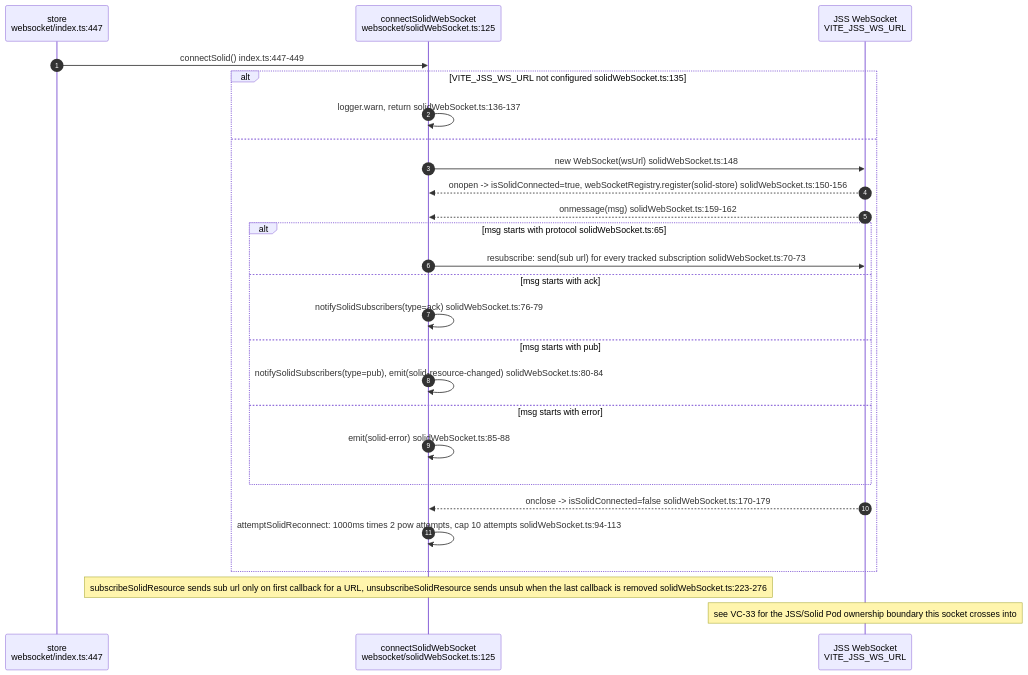
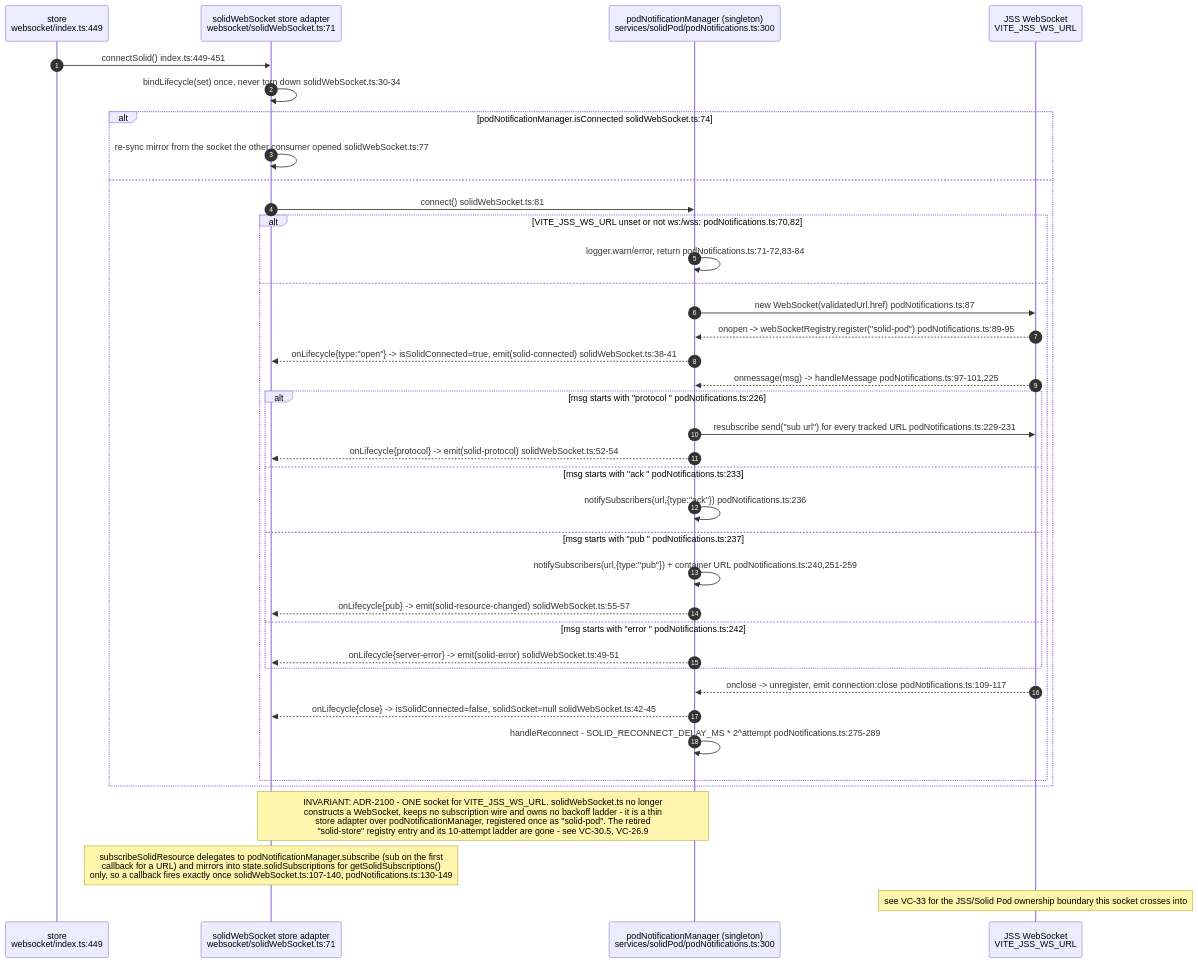
Before and after one commit to DreamLab-AI/AR-AI-Knowledge-Graph: diagram 16 of 16 in docs/diagrams/visionclaw/32-client-websocket-and-binary.md, drawn with Mermaid. The commit also changed other lines of this file and 73 other files, not shown here.

First line of the commit message:
docs(diagrams): re-verify all 71 topic files against HEAD; add --cite-check

````diff
--- a/docs/diagrams/visionclaw/32-client-websocket-and-binary.md
+++ b/docs/diagrams/visionclaw/32-client-websocket-and-binary.md
@@ -511,29 +512,41 @@
 ```mermaid
 sequenceDiagram
     autonumber
-    participant C as store<br/>websocket/index.ts:447
-    participant SW as connectSolidWebSocket<br/>websocket/solidWebSocket.ts:125
+    participant C as store<br/>websocket/index.ts:449
+    participant SW as solidWebSocket store adapter<br/>websocket/solidWebSocket.ts:71
+    participant PN as podNotificationManager (singleton)<br/>services/solidPod/podNotifications.ts:300
     participant JSS as JSS WebSocket<br/>VITE_JSS_WS_URL
 
-    C->>SW: connectSolid() index.ts:447-449
-    alt VITE_JSS_WS_URL not configured solidWebSocket.ts:135
-        SW->>SW: logger.warn, return solidWebSocket.ts:136-137
+    C->>SW: connectSolid() index.ts:449-451
+    SW->>SW: bindLifecycle(set) once, never torn down solidWebSocket.ts:30-34
+    alt podNotificationManager.isConnected solidWebSocket.ts:74
+        SW->>SW: re-sync mirror from the socket the other consumer opened solidWebSocket.ts:77
     else
-        SW->>JSS: new WebSocket(wsUrl) solidWebSocket.ts:148
-        JSS-->>SW: onopen -> isSolidConnected=true, webSocketRegistry.register(solid-store) solidWebSocket.ts:150-156
-        JSS-->>SW: onmessage(msg) solidWebSocket.ts:159-162
-        alt msg starts with protocol solidWebSocket.ts:65
-            SW->>JSS: resubscribe: send(sub url) for every tracked subscription solidWebSocket.ts:70-73
-        else msg starts with ack
-            SW->>SW: notifySolidSubscribers(type=ack) solidWebSocket.ts:76-79
-        else msg starts with pub
-            SW->>SW: notifySolidSubscribers(type=pub), emit(solid-resource-changed) solidWebSocket.ts:80-84
-        else msg starts with error
-            SW->>SW: emit(solid-error) solidWebSocket.ts:85-88
+        SW->>PN: connect() solidWebSocket.ts:81
+        alt VITE_JSS_WS_URL unset or not ws:/wss: podNotifications.ts:70,82
+            PN->>PN: logger.warn/error, return podNotifications.ts:71-72,83-84
+        else
+            PN->>JSS: new WebSocket(validatedUrl.href) podNotifications.ts:87
+            JSS-->>PN: onopen -> webSocketRegistry.register("solid-pod") podNotifications.ts:89-95
+            PN-->>SW: onLifecycle{type:"open"} -> isSolidConnected=true, emit(solid-connected) solidWebSocket.ts:38-41
+            JSS-->>PN: onmessage(msg) -> handleMessage podNotifications.ts:97-101,225
+            alt msg starts with "protocol " podNotifications.ts:226
+                PN->>JSS: resubscribe send("sub url") for every tracked URL podNotifications.ts:229-231
+                PN-->>SW: onLifecycle{protocol} -> emit(solid-protocol) solidWebSocket.ts:52-54
+            else msg starts with "ack " podNotifications.ts:233
+                PN->>PN: notifySubscribers(url,{type:"ack"}) podNotifications.ts:236
+            else msg starts with "pub " podNotifications.ts:237
+                PN->>PN: notifySubscribers(url,{type:"pub"}) + container URL podNotifications.ts:240,251-259
+                PN-->>SW: onLifecycle{pub} -> emit(solid-resource-changed) solidWebSocket.ts:55-57
+            else msg starts with "error " podNotifications.ts:242
+                PN-->>SW: onLifecycle{server-error} -> emit(solid-error) solidWebSocket.ts:49-51
+            end
+            JSS-->>PN: onclose -> unregister, emit connection:close podNotifications.ts:109-117
+            PN-->>SW: onLifecycle{close} -> isSolidConnected=false, solidSocket=null solidWebSocket.ts:42-45
+            PN->>PN: handleReconnect - SOLID_RECONNECT_DELAY_MS * 2^attempt podNotifications.ts:275-289
         end
-        JSS-->>SW: onclose -> isSolidConnected=false solidWebSocket.ts:170-179
-        SW->>SW: attemptSolidReconnect: 1000ms times 2 pow attempts, cap 10 attempts solidWebSocket.ts:94-113
     end
-    Note over SW: subscribeSolidResource sends sub url only on first callback for a URL, unsubscribeSolidResource sends unsub when the last callback is removed solidWebSocket.ts:223-276
+    Note over SW,PN: INVARIANT: ADR-2100 - ONE socket for VITE_JSS_WS_URL. solidWebSocket.ts no longer<br/>constructs a WebSocket, keeps no subscription wire and owns no backoff ladder - it is a thin<br/>store adapter over podNotificationManager, registered once as "solid-pod". The retired<br/>"solid-store" registry entry and its 10-attempt ladder are gone - see VC-30.5, VC-26.9
+    Note over SW: subscribeSolidResource delegates to podNotificationManager.subscribe (sub on the first<br/>callback for a URL) and mirrors into state.solidSubscriptions for getSolidSubscriptions()<br/>only, so a callback fires exactly once solidWebSocket.ts:107-140, podNotifications.ts:130-149
     Note over JSS: see VC-33 for the JSS/Solid Pod ownership boundary this socket crosses into
 ```
````
